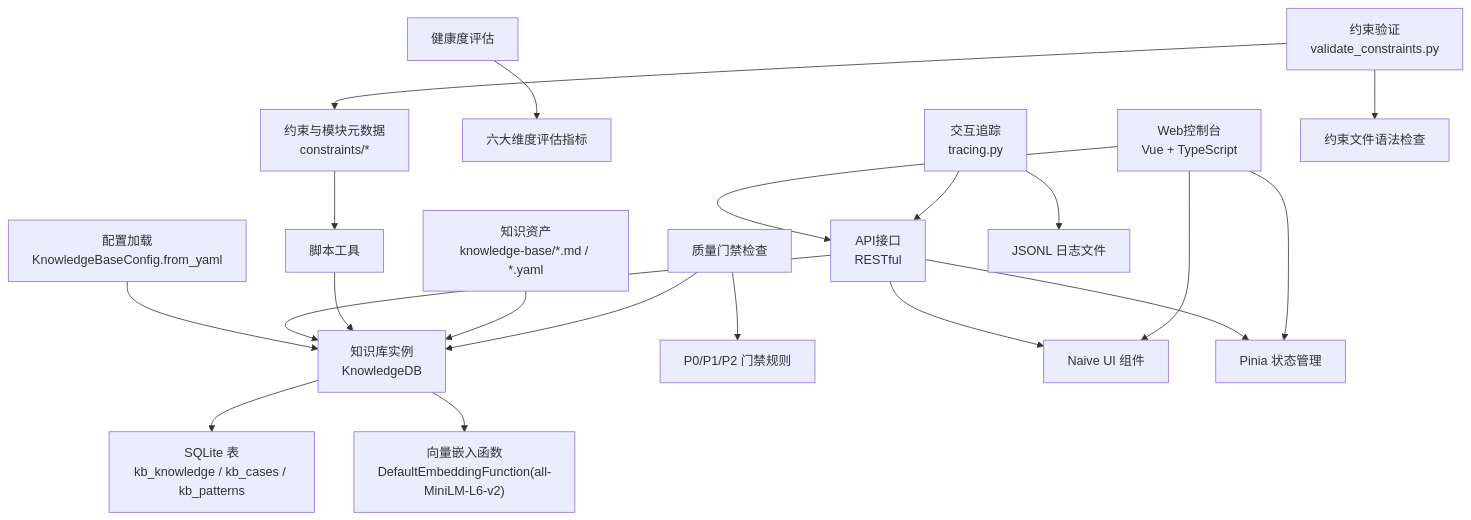
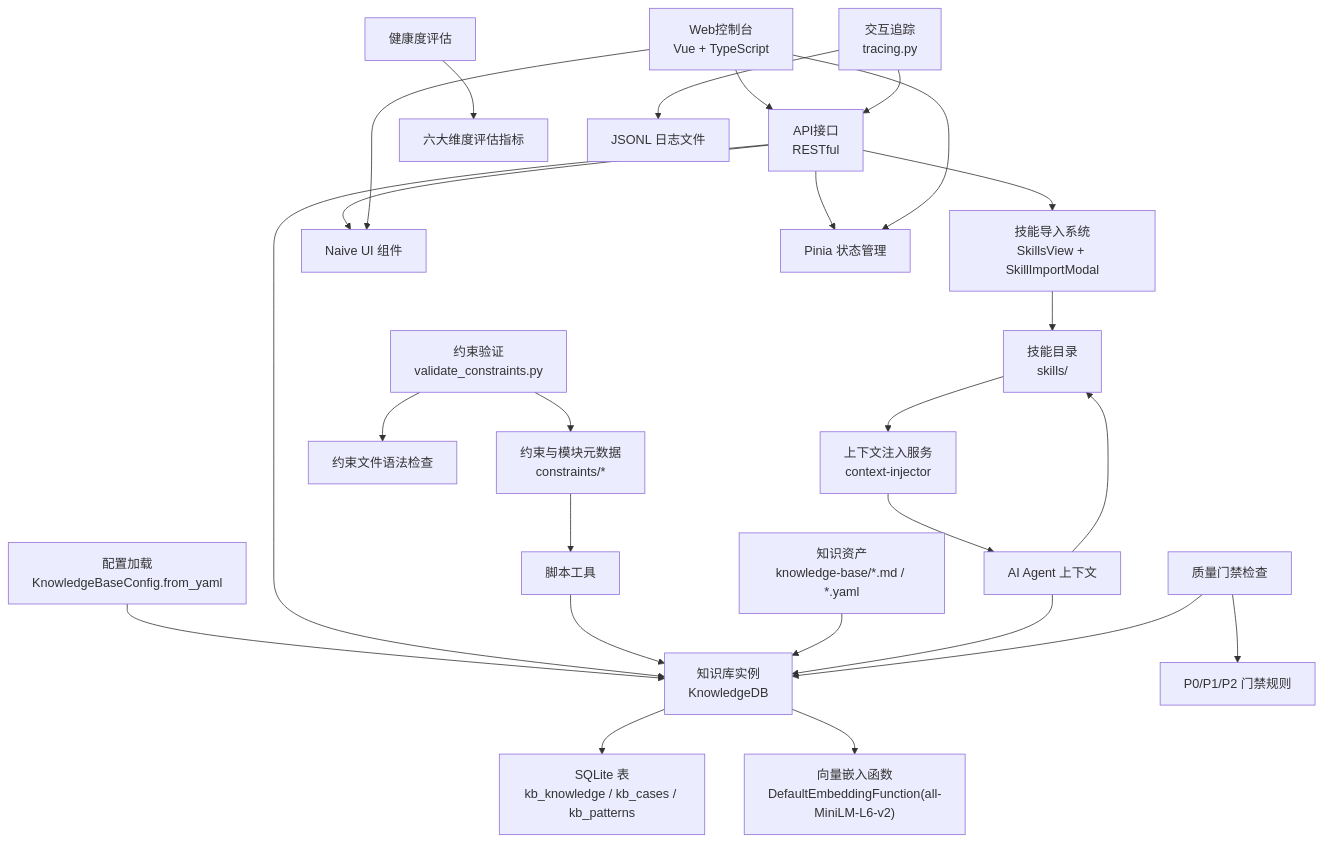
The second of 15 diagrams in .qoder/repowiki/zh/content/知识库管理系统/知识库管理系统.md (afcartevil/automated-test-script), drawn with Mermaid before and after one commit. The commit also changed other lines of this file and 191 other files, not shown here.

````diff
--- a/.qoder/repowiki/zh/content/知识库管理系统/知识库管理系统.md
+++ b/.qoder/repowiki/zh/content/知识库管理系统/知识库管理系统.md
@@ -170,22 +198,28 @@
 ```mermaid
 graph TB
 A["配置加载<br/>KnowledgeBaseConfig.from_yaml"] --> B["知识库实例<br/>KnowledgeDB"]
 B --> C["SQLite 表<br/>kb_knowledge / kb_cases / kb_patterns"]
 B --> D["向量嵌入函数<br/>DefaultEmbeddingFunction(all-MiniLM-L6-v2)"]
 E["Web控制台<br/>Vue + TypeScript"] --> F["API接口<br/>RESTful"]
 F --> B
 G["脚本工具"] --> B
 H["质量门禁检查"] --> I["P0/P1/P2 门禁规则"]
 J["健康度评估"] --> K["六大维度评估指标"]
 L["知识资产<br/>knowledge-base/*.md / *.yaml"] --> B
 M["约束与模块元数据<br/>constraints/*"] --> G
 N["交互追踪<br/>tracing.py"] --> O["JSONL 日志文件"]
 P["约束验证<br/>validate_constraints.py"] --> Q["约束文件语法检查"]
-F --> R["Naive UI 组件"]
-F --> S["Pinia 状态管理"]
-E --> R
-E --> S
+R["技能导入系统<br/>SkillsView + SkillImportModal"] --> S["技能目录<br/>skills/"]
+T["上下文注入服务<br/>context-injector"] --> U["AI Agent 上下文"]
+U --> B
+U --> S
+F --> R
+F --> V["Naive UI 组件"]
+F --> W["Pinia 状态管理"]
+E --> V
+E --> W
 H --> B
 N --> F
 P --> M
+S --> T
 ```
````
